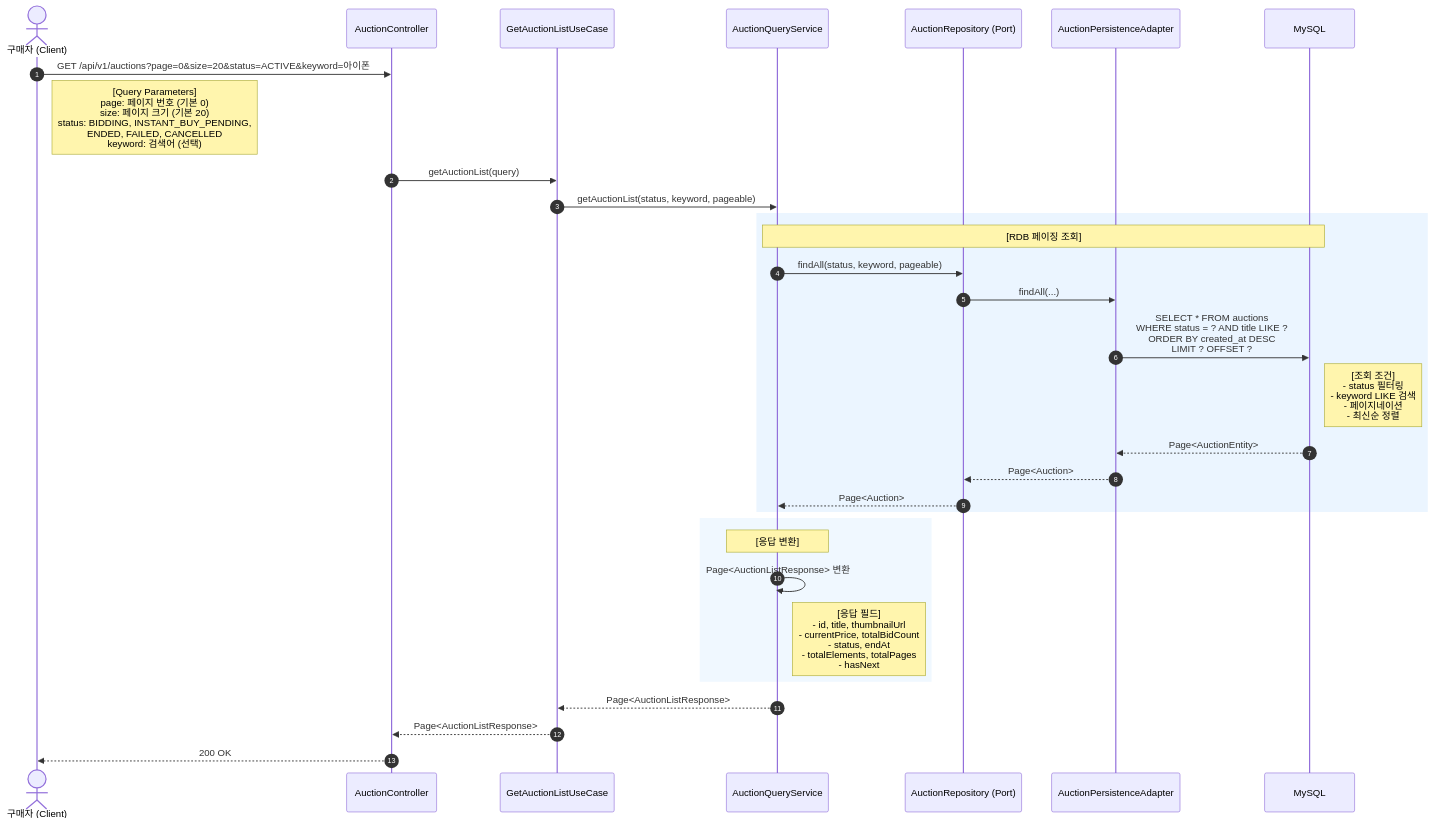
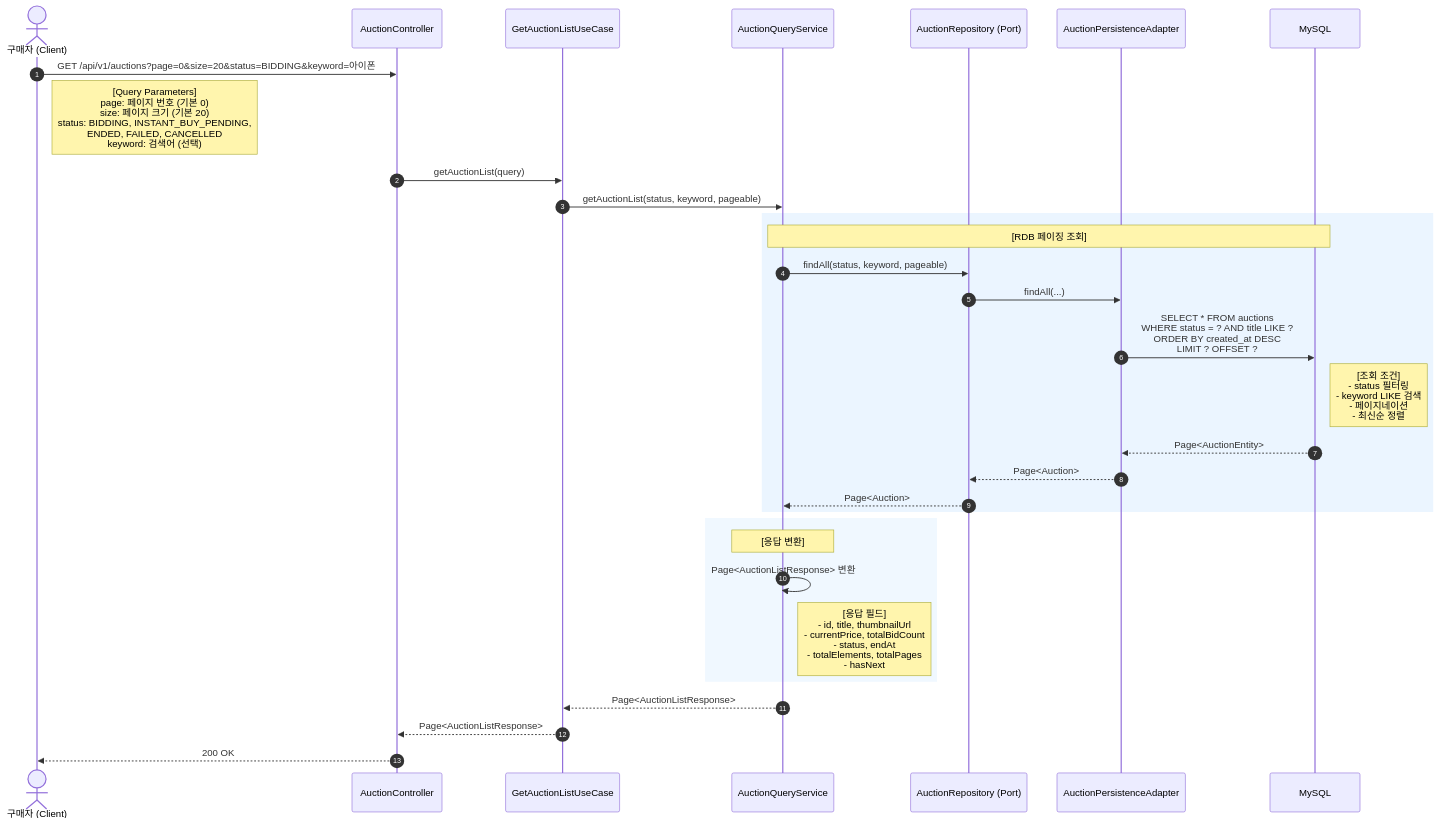
Before and after one commit to ahn-h-j/Fairbid: the diagram in docs/feature/auction/경매목록조회.mmd, drawn with Mermaid. The commit also changed 9 other files, not shown here.

First line of the commit message:
docs: PR #65 리뷰 분석 문서 및 다이어그램/문서 개선

```diff
--- a/docs/feature/auction/경매목록조회.mmd
+++ b/docs/feature/auction/경매목록조회.mmd
@@ -1,36 +1,36 @@
 sequenceDiagram
 autonumber
 actor Buyer as 구매자 (Client)
 participant Ctrl as AuctionController
 participant UC as GetAuctionListUseCase
 participant Svc as AuctionQueryService
 participant Port as AuctionRepository (Port)
 participant Adapter as AuctionPersistenceAdapter
 participant RDB as MySQL
 
-    Buyer->>Ctrl: GET /api/v1/auctions?page=0&size=20&status=ACTIVE&keyword=아이폰
+    Buyer->>Ctrl: GET /api/v1/auctions?page=0&size=20&status=BIDDING&keyword=아이폰
     Note right of Buyer: [Query Parameters]<br/>page: 페이지 번호 (기본 0)<br/>size: 페이지 크기 (기본 20)<br/>status: BIDDING, INSTANT_BUY_PENDING,<br/>ENDED, FAILED, CANCELLED<br/>keyword: 검색어 (선택)
 
     Ctrl->>UC: getAuctionList(query)
     UC->>Svc: getAuctionList(status, keyword, pageable)
 
     rect rgb(235, 245, 255)
         Note over Svc, RDB: [RDB 페이징 조회]
         Svc->>Port: findAll(status, keyword, pageable)
         Port->>Adapter: findAll(...)
         Adapter->>RDB: SELECT * FROM auctions<br/>WHERE status = ? AND title LIKE ?<br/>ORDER BY created_at DESC<br/>LIMIT ? OFFSET ?
         Note right of RDB: [조회 조건]<br/>- status 필터링<br/>- keyword LIKE 검색<br/>- 페이지네이션<br/>- 최신순 정렬
         RDB-->>Adapter: Page<AuctionEntity>
         Adapter-->>Port: Page<Auction>
         Port-->>Svc: Page<Auction>
     end
 
     rect rgb(240, 248, 255)
         Note over Svc: [응답 변환]
         Svc->>Svc: Page<AuctionListResponse> 변환
         Note right of Svc: [응답 필드]<br/>- id, title, thumbnailUrl<br/>- currentPrice, totalBidCount<br/>- status, endAt<br/>- totalElements, totalPages<br/>- hasNext
     end
 
     Svc-->>UC: Page<AuctionListResponse>
     UC-->>Ctrl: Page<AuctionListResponse>
     Ctrl-->>Buyer: 200 OK
```
